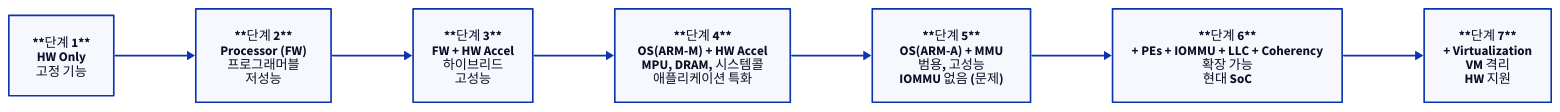
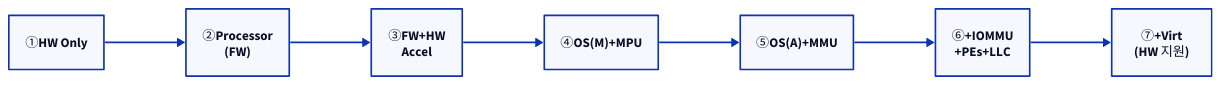
The first of 17 diagrams in topics/virtualization/docs/01a_system_architecture_evolution.md (humbleowl39/DV_SKOOL), drawn with D2 before and after one commit. The commit also changed other lines of this file and 90 other files, not shown here.

First line of the commit message:
docs: 전 토픽 다이어그램 정비 — ASCII→D2, mermaid→D2, 과대 D2 가시성 수정

````diff
--- a/topics/virtualization/docs/01a_system_architecture_evolution.md
+++ b/topics/virtualization/docs/01a_system_architecture_evolution.md
@@ -86,17 +86,12 @@
 ```d2
 direction: right
 
-S1: "**단계 1**\nHW Only\n고정 기능"
-S2: "**단계 2**\nProcessor (FW)\n프로그래머블\n저성능"
-S3: "**단계 3**\nFW + HW Accel\n하이브리드\n고성능"
-S4: "**단계 4**\nOS(ARM-M) + HW Accel\nMPU, DRAM, 시스템콜\n애플리케이션 특화"
-S5: "**단계 5**\nOS(ARM-A) + MMU\n범용, 고성능\nIOMMU 없음 (문제)"
-S6: "**단계 6**\n+ PEs + IOMMU + LLC + Coherency\n확장 가능\n현대 SoC"
-S7: "**단계 7**\n+ Virtualization\nVM 격리\nHW 지원"
-S1 -> S2
-S2 -> S3
-S3 -> S4
-S4 -> S5
-S5 -> S6
-S6 -> S7
+S1: "①HW Only"
+S2: "②Processor\n(FW)"
+S3: "③FW+HW\nAccel"
+S4: "④OS(M)+MPU"
+S5: "⑤OS(A)+MMU"
+S6: "⑥+IOMMU\n+PEs+LLC"
+S7: "⑦+Virt\n(HW 지원)"
+S1 -> S2 -> S3 -> S4 -> S5 -> S6 -> S7
 ```
````
